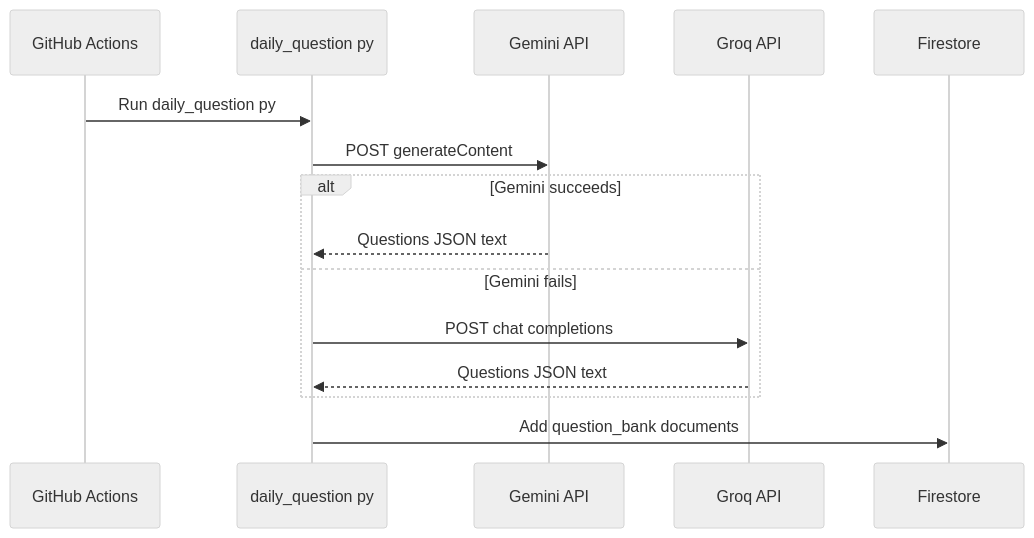
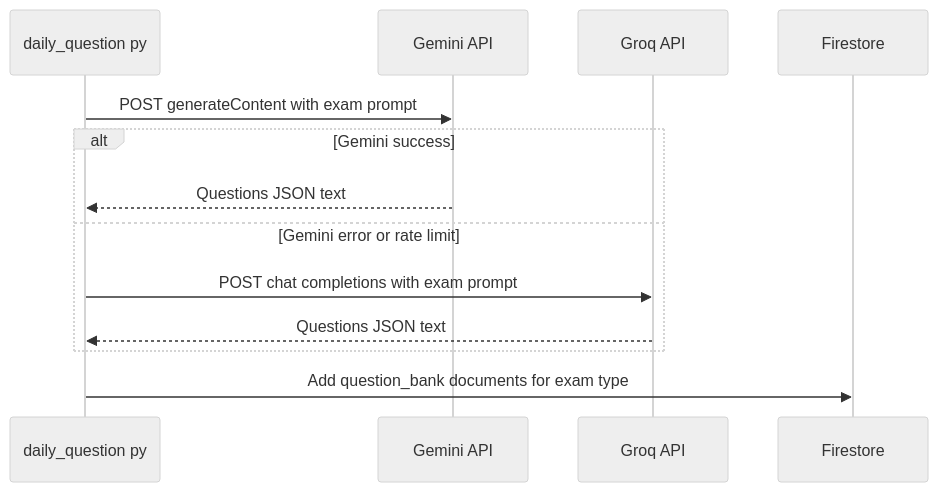
The third of 6 diagrams in README.md (avirajsalunkhe/cloud-mastery-bot), drawn with Mermaid (neutral theme) before and after one commit. The commit also changed other lines of this file, not shown here.

````diff
--- a/README.md
+++ b/README.md
@@ -37,18 +87,16 @@
 ```mermaid
 sequenceDiagram
-    participant Scheduler as GitHub Actions
     participant Script as daily_question py
     participant Gemini as Gemini API
     participant Groq as Groq API
     participant Firestore as Firestore
 
-    Scheduler->>Script: Run daily_question py
-    Script->>Gemini: POST generateContent
-    alt Gemini succeeds
+    Script->>Gemini: POST generateContent with exam prompt
+    alt Gemini success
         Gemini-->>Script: Questions JSON text
-    else Gemini fails
-        Script->>Groq: POST chat completions
+    else Gemini error or rate limit
+        Script->>Groq: POST chat completions with exam prompt
         Groq-->>Script: Questions JSON text
     end
-    Script->>Firestore: Add question_bank documents
+    Script->>Firestore: Add question_bank documents for exam type
 ```
````
